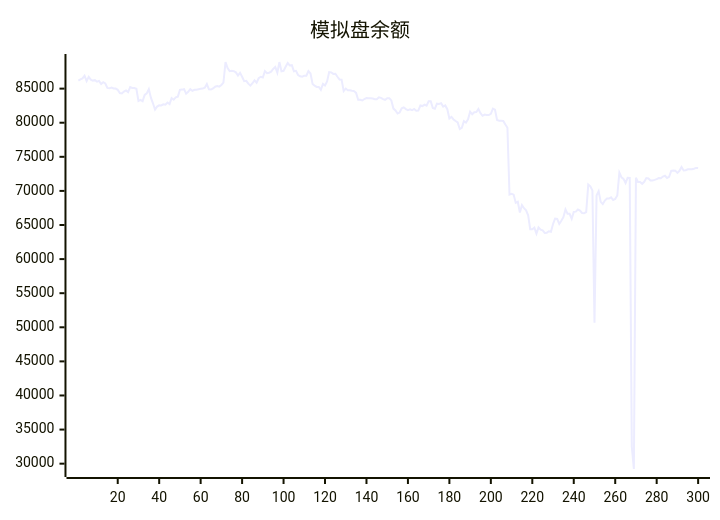
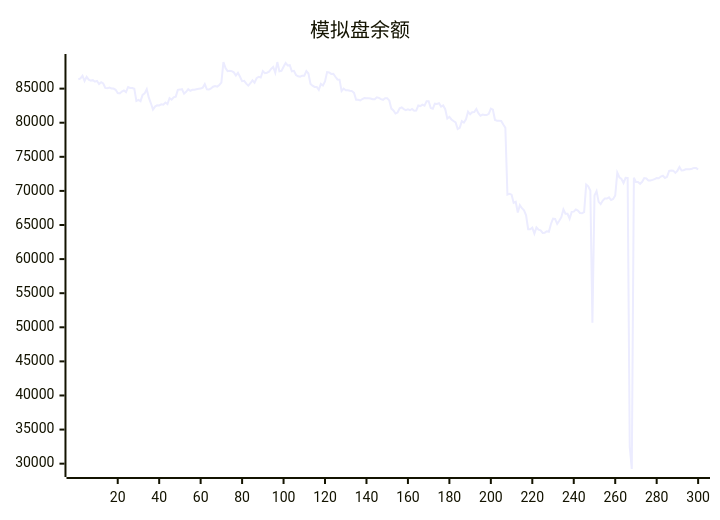
The diagram in README.md (aahl/ai-trading), drawn with Mermaid before and after one commit. The commit also changed other lines of this file and 1 other file, not shown here.

````diff
--- a/README.md
+++ b/README.md
@@ -5,5 +5,5 @@
 ```mermaid
 xychart
     title "模拟盘余额"
-    line [86177,86364,86503,86886,86114,86731,86310,86176,86240,86017,86136,85685,85938,85749,85111,85044,85164,85016,85008,84824,84354,84287,84572,84745,84500,85234,85096,85095,84970,83180,83338,83157,84070,84309,84922,83667,82850,81924,82369,82552,82539,82695,82648,82962,82728,83619,83378,83710,83825,84819,84854,84917,84265,84527,84919,84668,84834,84850,84916,84981,85004,85131,85674,84891,84864,85019,85284,85393,85294,85538,85894,88904,88012,87567,87625,87568,87386,86920,87313,86737,86094,86143,85725,85437,85787,86219,85859,86526,86740,86630,87563,87264,87335,87483,87886,88180,87335,88894,87544,87608,88207,88755,88401,88444,87543,87608,87000,86810,86740,86894,86884,87576,87209,85686,85435,85251,85255,84820,85689,85453,86066,87420,87373,87161,87178,86740,86341,86315,84643,85012,84772,84768,84690,84635,84376,83360,83357,83259,83474,83608,83606,83602,83548,83440,83454,83724,83644,83464,83365,83590,83592,83275,82072,81806,81344,81492,82109,82254,82006,81848,81955,81829,82022,81769,81776,82522,82441,82656,82498,83144,83144,82150,82038,82797,82763,82872,82367,82536,81981,80612,80862,80484,80242,80034,79063,79245,80226,80016,80507,81625,81233,81544,81578,82016,81401,81019,81186,81130,81118,81306,82066,81909,80392,80304,80291,80258,79729,79261,69466,69579,69456,68251,68415,66832,67911,67462,67144,66432,64380,64375,64606,63740,64647,64324,64216,63842,63877,64078,64008,65156,65945,65888,65157,65625,66144,67284,66653,66639,65924,66925,66956,67263,67108,66766,66729,66886,70927,70673,70049,50652,69334,69973,68400,68061,68578,68876,68879,69055,68662,68822,69329,72687,71999,71760,71162,71911,71896,32500,29218,71927,71297,71305,71044,71337,71883,71822,71536,71536,71622,71723,71880,71860,72100,72216,71887,72077,72940,72976,72966,72638,72948,73497,73004,73041,73173,73160,73186,73258,73375,73351]
+    line [86364,86503,86886,86114,86731,86310,86176,86240,86017,86136,85685,85938,85749,85111,85044,85164,85016,85008,84824,84354,84287,84572,84745,84500,85234,85096,85095,84970,83180,83338,83157,84070,84309,84922,83667,82850,81924,82369,82552,82539,82695,82648,82962,82728,83619,83378,83710,83825,84819,84854,84917,84265,84527,84919,84668,84834,84850,84916,84981,85004,85131,85674,84891,84864,85019,85284,85393,85294,85538,85894,88904,88012,87567,87625,87568,87386,86920,87313,86737,86094,86143,85725,85437,85787,86219,85859,86526,86740,86630,87563,87264,87335,87483,87886,88180,87335,88894,87544,87608,88207,88755,88401,88444,87543,87608,87000,86810,86740,86894,86884,87576,87209,85686,85435,85251,85255,84820,85689,85453,86066,87420,87373,87161,87178,86740,86341,86315,84643,85012,84772,84768,84690,84635,84376,83360,83357,83259,83474,83608,83606,83602,83548,83440,83454,83724,83644,83464,83365,83590,83592,83275,82072,81806,81344,81492,82109,82254,82006,81848,81955,81829,82022,81769,81776,82522,82441,82656,82498,83144,83144,82150,82038,82797,82763,82872,82367,82536,81981,80612,80862,80484,80242,80034,79063,79245,80226,80016,80507,81625,81233,81544,81578,82016,81401,81019,81186,81130,81118,81306,82066,81909,80392,80304,80291,80258,79729,79261,69466,69579,69456,68251,68415,66832,67911,67462,67144,66432,64380,64375,64606,63740,64647,64324,64216,63842,63877,64078,64008,65156,65945,65888,65157,65625,66144,67284,66653,66639,65924,66925,66956,67263,67108,66766,66729,66886,70927,70673,70049,50652,69334,69973,68400,68061,68578,68876,68879,69055,68662,68822,69329,72687,71999,71760,71162,71911,71896,32500,29218,71927,71297,71305,71044,71337,71883,71822,71536,71536,71622,71723,71880,71860,72100,72216,71887,72077,72940,72976,72966,72638,72948,73497,73004,73041,73173,73160,73186,73258,73375,73351,73173]
 ```
````
